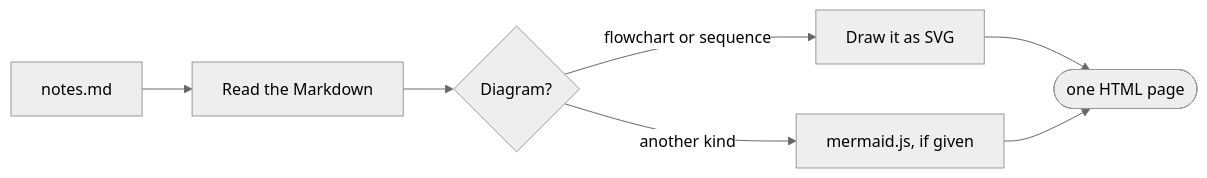
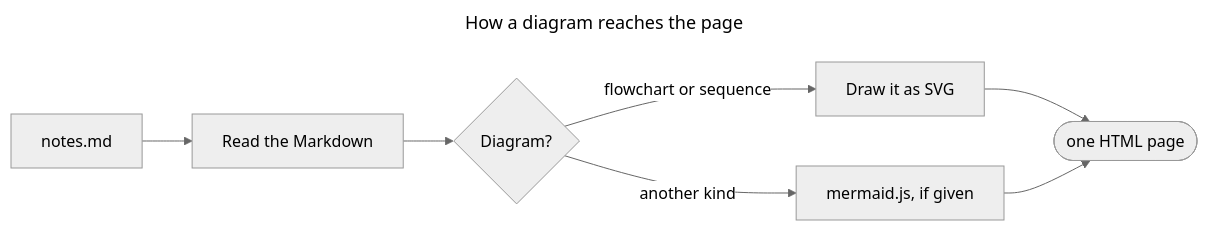
The first of 2 diagrams in docs/showcase.md (githubrobbi/md2html), drawn with Mermaid (neutral theme) before and after one commit. The commit also changed other lines of this file and 3 other files, not shown here.

First line of the commit message:
docs: a diagram's title as its caption, in the showcase, the README and the changelog

````diff
--- a/docs/showcase.md
+++ b/docs/showcase.md
@@ -92,9 +92,12 @@
 ```mermaid
+---
+title: How a diagram reaches the page
+---
 flowchart LR
   md[notes.md] --> parse[Read the Markdown]
   parse --> render{Diagram?}
   render -->|flowchart or sequence| svg[Draw it as SVG]
   render -->|another kind| js[mermaid.js, if given]
   svg --> page([one HTML page])
   js --> page
 ```
````
